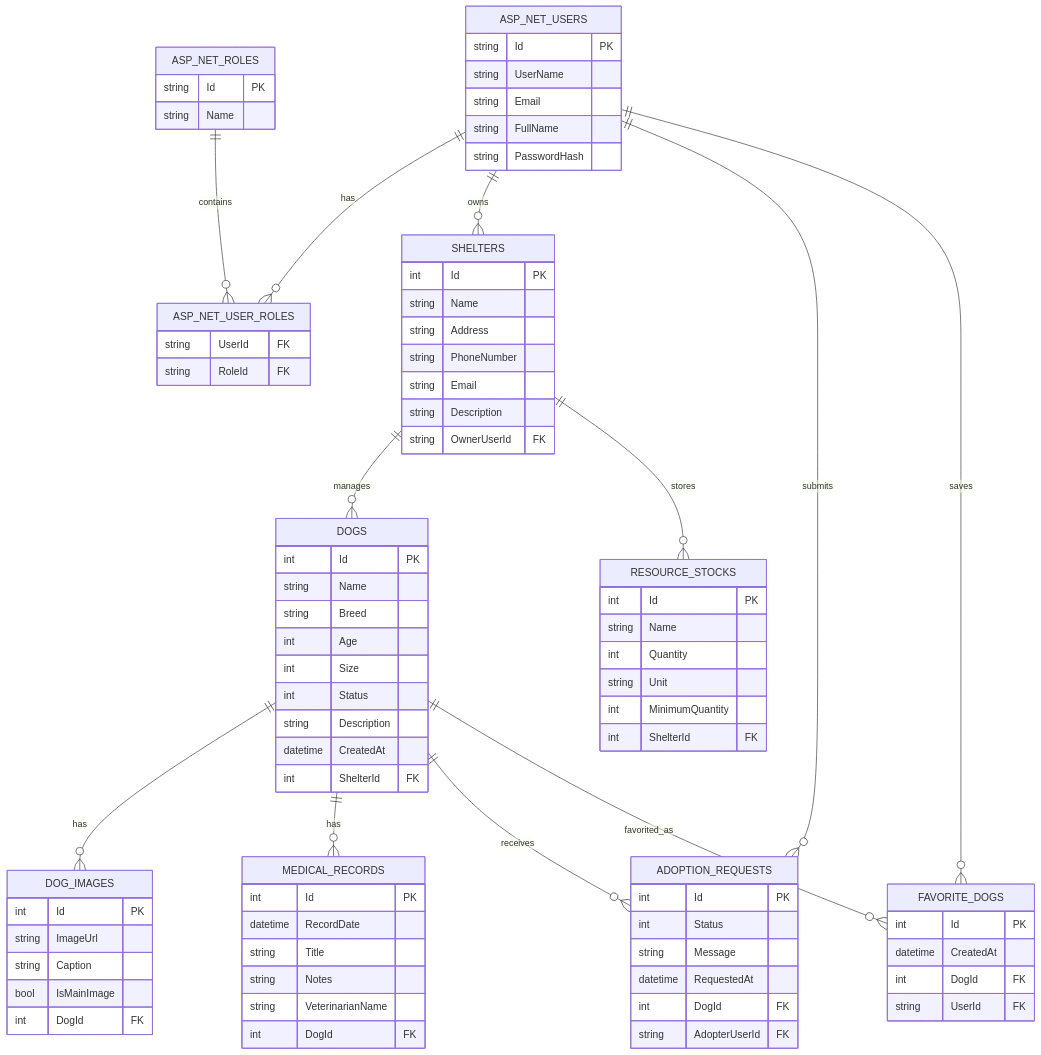
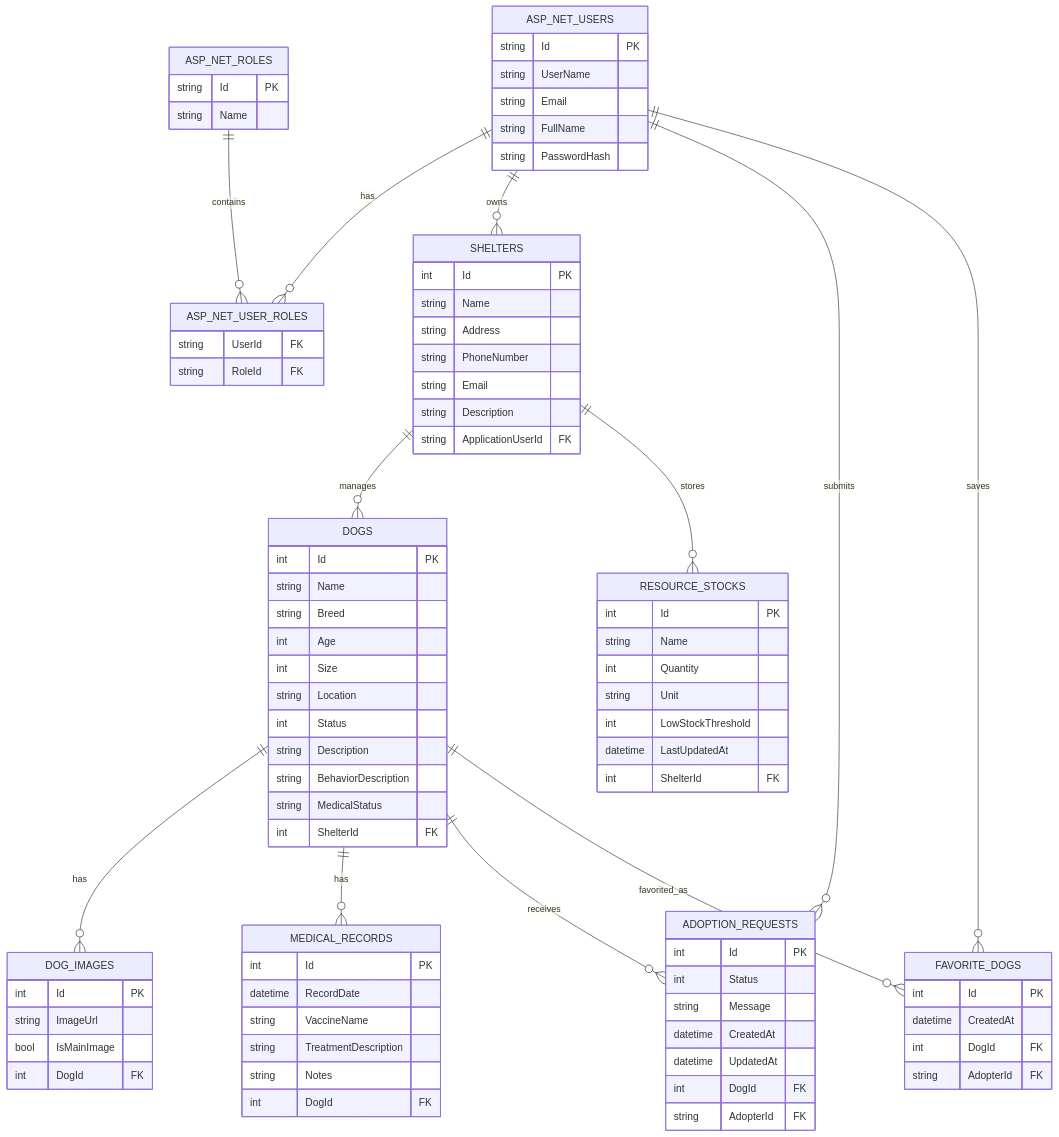
One commit to dahornea/PawConnect changed the diagram in docs/database-diagram.md. Above: the diagram before and after it, drawn with Mermaid. The commit also changed 31 other files, not shown here.

```diff
--- a/docs/database-diagram.md
+++ b/docs/database-diagram.md
@@ -29,7 +29,7 @@
         string PhoneNumber
         string Email
         string Description
-        string OwnerUserId FK
+        string ApplicationUserId FK
     }
 
     DOGS {
@@ -38,16 +38,17 @@
         string Breed
         int Age
         int Size
+        string Location
         int Status
         string Description
-        datetime CreatedAt
+        string BehaviorDescription
+        string MedicalStatus
         int ShelterId FK
     }
 
     DOG_IMAGES {
         int Id PK
         string ImageUrl
-        string Caption
         bool IsMainImage
         int DogId FK
     }
@@ -55,9 +56,9 @@
     MEDICAL_RECORDS {
         int Id PK
         datetime RecordDate
-        string Title
+        string VaccineName
+        string TreatmentDescription
         string Notes
-        string VeterinarianName
         int DogId FK
     }
 
@@ -65,16 +66,17 @@
         int Id PK
         int Status
         string Message
-        datetime RequestedAt
+        datetime CreatedAt
+        datetime UpdatedAt
         int DogId FK
-        string AdopterUserId FK
+        string AdopterId FK
     }
 
     FAVORITE_DOGS {
         int Id PK
         datetime CreatedAt
         int DogId FK
-        string UserId FK
+        string AdopterId FK
     }
 
     RESOURCE_STOCKS {
@@ -82,7 +84,8 @@
         string Name
         int Quantity
         string Unit
-        int MinimumQuantity
+        int LowStockThreshold
+        datetime LastUpdatedAt
         int ShelterId FK
     }
 
```
